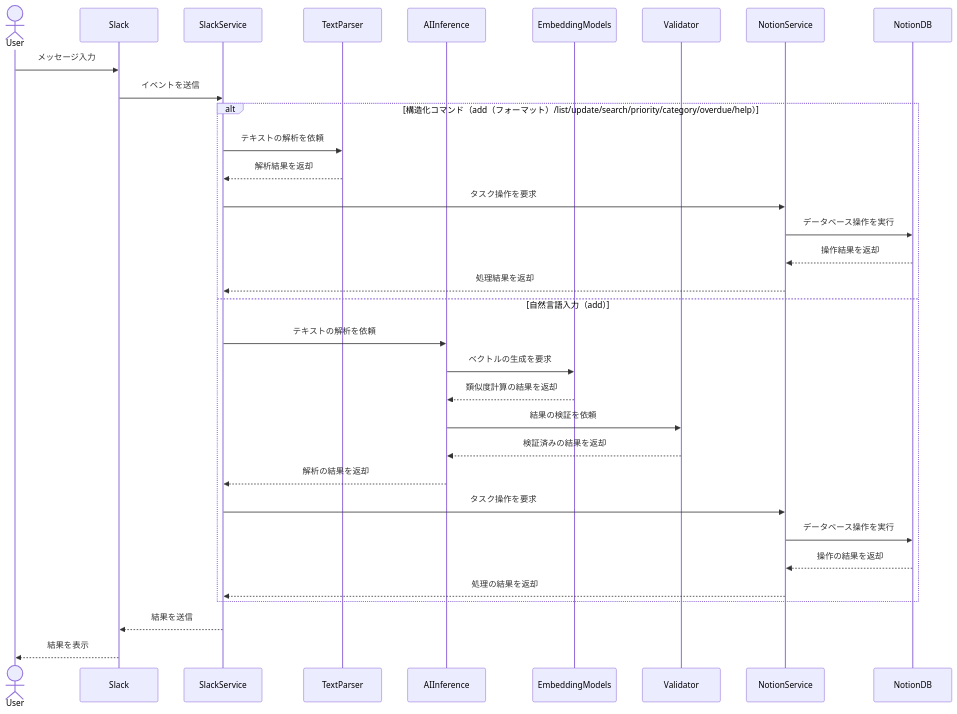
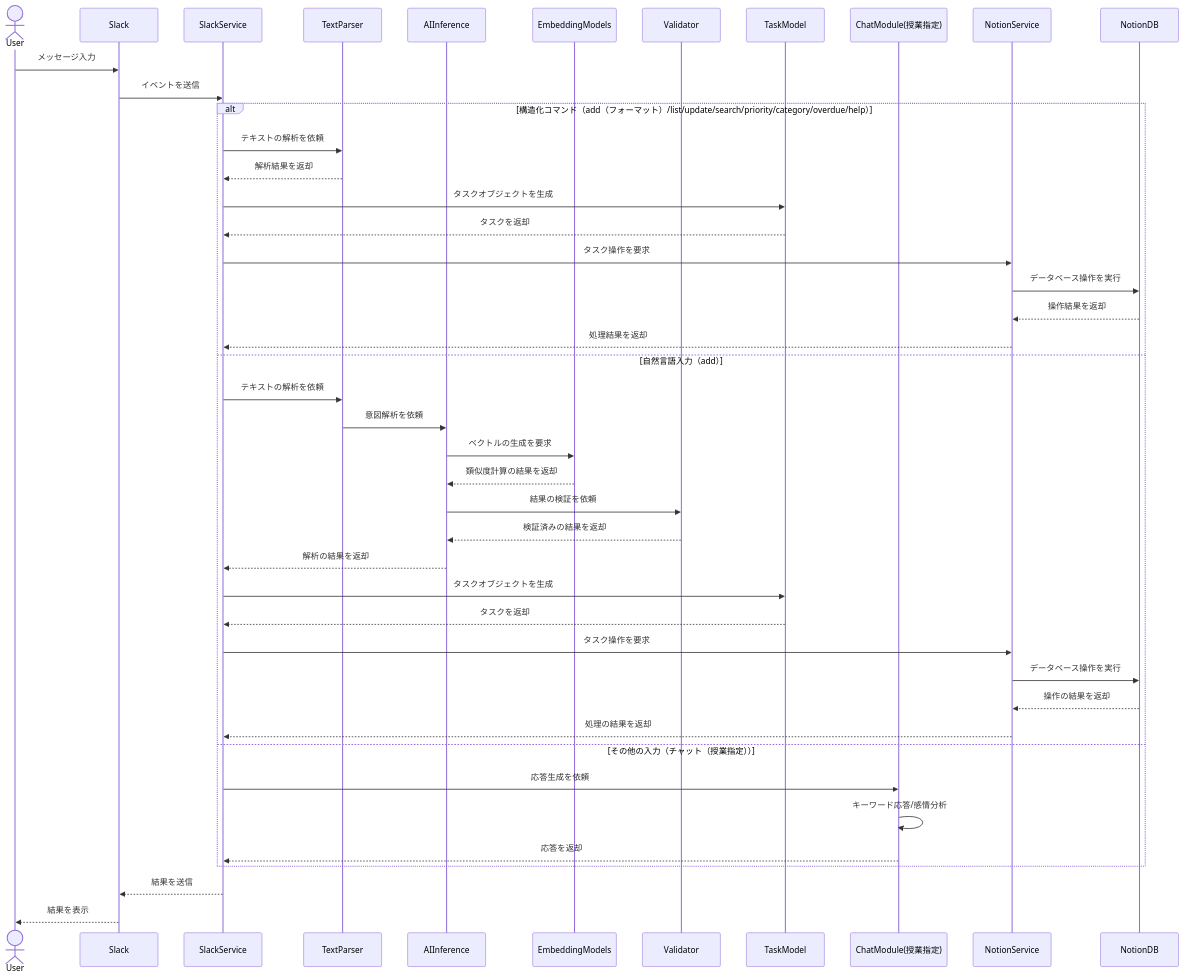
One commit to YL08140921/Task-Manager-for-Slack-bot changed the third of 3 diagrams in docs/システム概要.md. Above: the diagram before and after it, drawn with Mermaid. The commit also changed other lines of this file, not shown here.

````diff
--- a/docs/システム概要.md
+++ b/docs/システム概要.md
@@ -145,38 +129,49 @@
 ```mermaid
 sequenceDiagram
     actor User
     participant Slack
     participant SS as SlackService
     participant TP as TextParser
     participant AI as AIInference
     participant EM as EmbeddingModels
     participant Val as Validator
+    participant TM as TaskModel
+    participant CM as ChatModule(授業指定)    
     participant NS as NotionService
     participant Notion as NotionDB
 
     User->>Slack: メッセージ入力
     Slack->>SS: イベントを送信
 
     alt 構造化コマンド（add（フォーマット）/list/update/search/priority/category/overdue/help）
         SS->>TP: テキストの解析を依頼
         TP-->>SS: 解析結果を返却
+        SS->>TM: タスクオブジェクトを生成
+        TM-->>SS: タスクを返却
         SS->>NS: タスク操作を要求
         NS->>Notion: データベース操作を実行
         Notion-->>NS: 操作結果を返却
         NS-->>SS: 処理結果を返却
     else 自然言語入力（add）
-        SS->>AI: テキストの解析を依頼
+        SS->>TP: テキストの解析を依頼
+        TP->>AI: 意図解析を依頼
         AI->>EM: ベクトルの生成を要求
         EM-->>AI: 類似度計算の結果を返却
         AI->>Val: 結果の検証を依頼
         Val-->>AI: 検証済みの結果を返却
         AI-->>SS: 解析の結果を返却
+        SS->>TM: タスクオブジェクトを生成
+        TM-->>SS: タスクを返却
         SS->>NS: タスク操作を要求
         NS->>Notion: データベース操作を実行
         Notion-->>NS: 操作の結果を返却
         NS-->>SS: 処理の結果を返却
+    else その他の入力（チャット（授業指定））
+        SS->>CM: 応答生成を依頼
+        CM->>CM: キーワード応答/感情分析
+        CM-->>SS: 応答を返却
     end
 
     SS-->>Slack: 結果を送信
     Slack-->>User: 結果を表示
 ```
````
